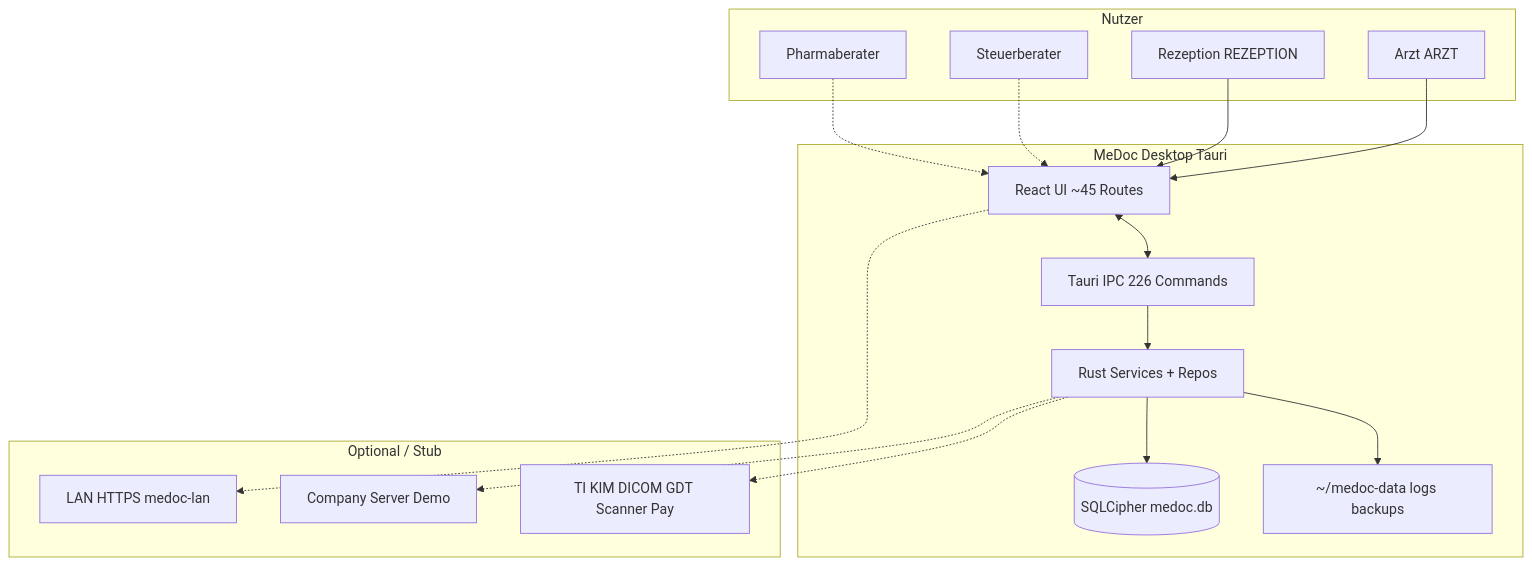
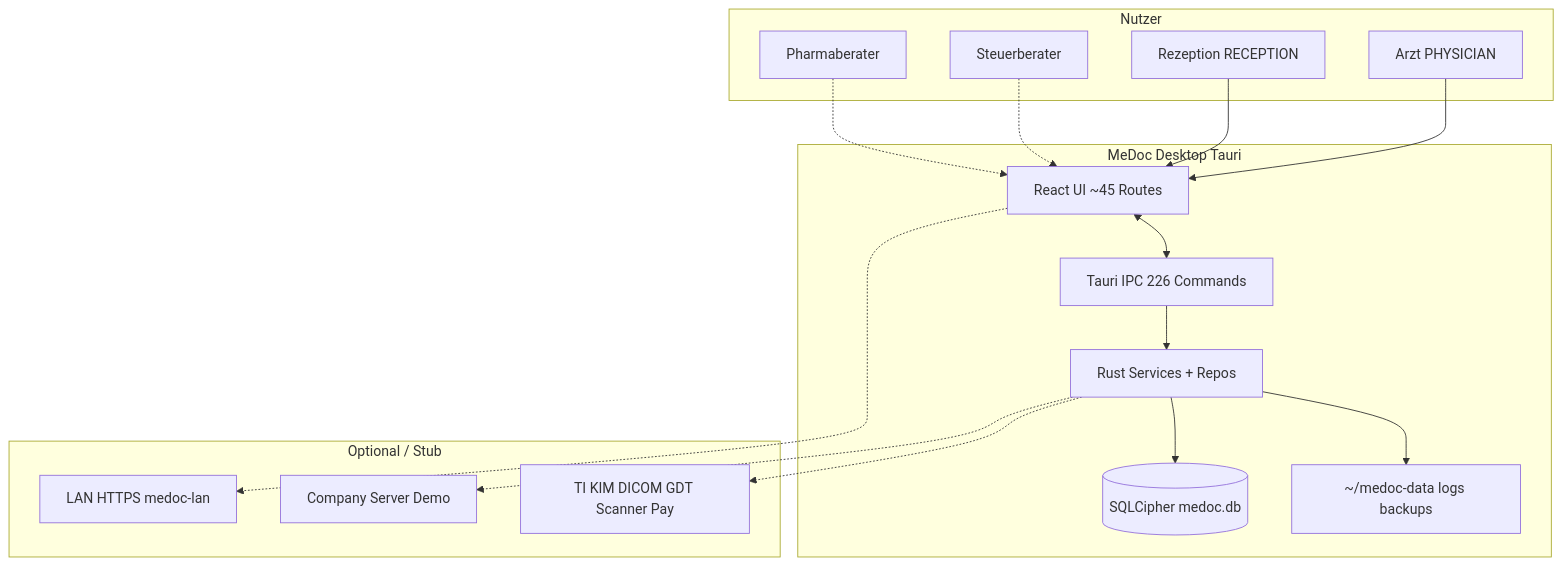
One commit to Achrafbennanizia/Medoc changed the first of 4 diagrams in docs/uml/10-master-feature-workflow-audit.md. Above: the diagram before and after it, drawn with Mermaid. The commit also changed other lines of this file and 1081 other files, not shown here.

````diff
--- a/docs/uml/10-master-feature-workflow-audit.md
+++ b/docs/uml/10-master-feature-workflow-audit.md
@@ -23,31 +23,31 @@
 ```mermaid
 flowchart TB
     subgraph Users["Nutzer"]
-        ARZT[Arzt ARZT]
-        REZ[Rezeption REZEPTION]
+        PHYSICIAN[Arzt PHYSICIAN]
+        REZ[Rezeption RECEPTION]
         STB[Steuerberater]
         PHB[Pharmaberater]
     end
 
     subgraph Desktop["MeDoc Desktop Tauri"]
         FE[React UI ~45 Routes]
         IPC[Tauri IPC 226 Commands]
         RUST[Rust Services + Repos]
         DB[(SQLCipher medoc.db)]
         FS[~/medoc-data logs backups]
     end
 
     subgraph Optional["Optional / Stub"]
         LAN[LAN HTTPS medoc-lan]
         CO[Company Server Demo]
         EXT[TI KIM DICOM GDT Scanner Pay]
     end
 
-    ARZT & REZ --> FE
+    PHYSICIAN & REZ --> FE
     STB & PHB -.-> FE
     FE <--> IPC --> RUST --> DB
     RUST --> FS
     FE -.-> LAN
     RUST -.-> CO
     RUST -.-> EXT
 ```
````
